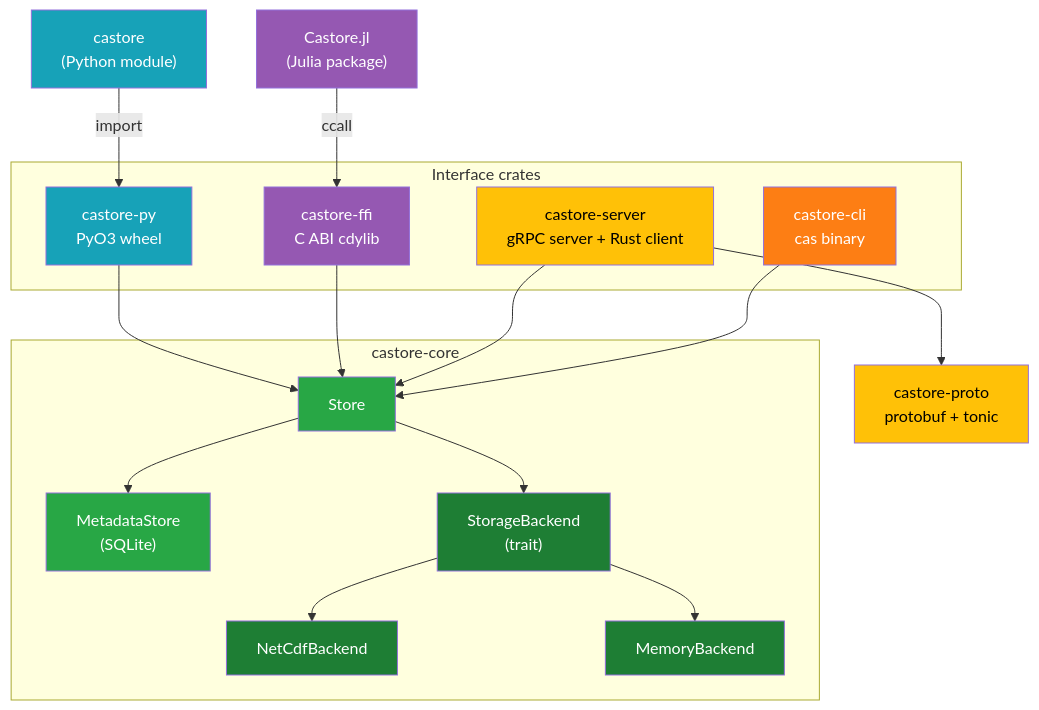
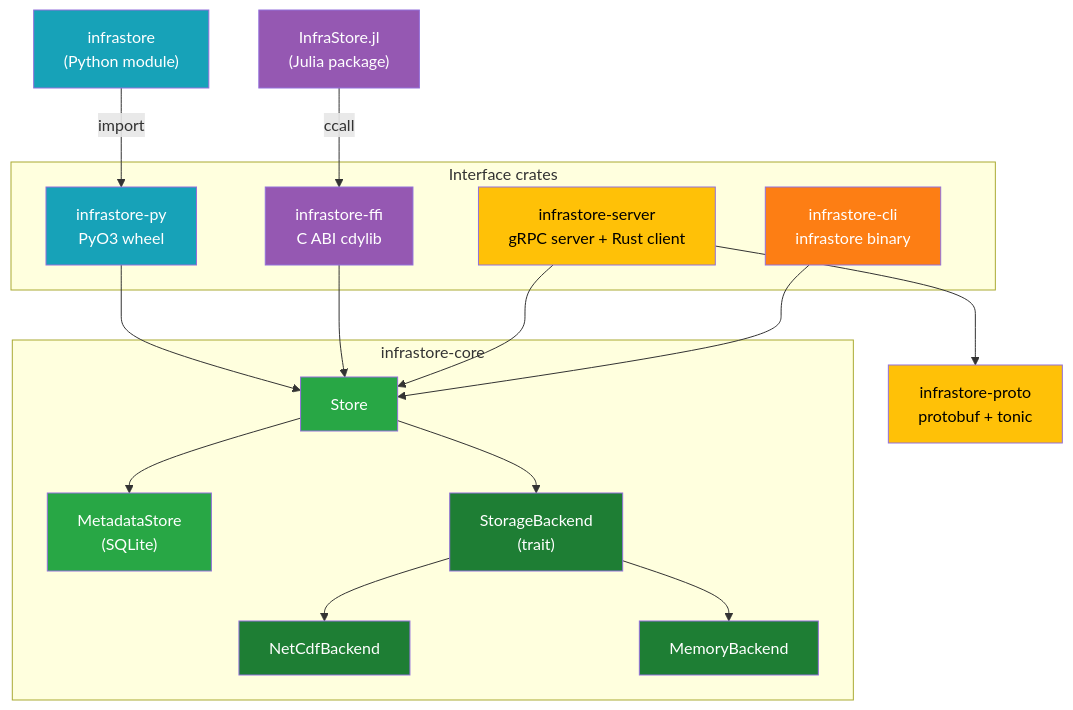
One commit to NatLabRockies/infrastore changed the first of 3 diagrams in docs/src/explanation/architecture.md. Above: the diagram before and after it, drawn with Mermaid. The commit also changed other lines of this file and 193 other files, not shown here.

````diff
--- a/docs/src/explanation/architecture.md
+++ b/docs/src/explanation/architecture.md
@@ -9,46 +10,46 @@
 ```mermaid
 flowchart TB
     subgraph ifaces["Interface crates"]
-        PY["castore-py<br/>PyO3 wheel"]
-        FFI["castore-ffi<br/>C ABI cdylib"]
-        SRV["castore-server<br/>gRPC server + Rust client"]
-        CLI["castore-cli<br/>cas binary"]
+        PY["infrastore-py<br/>PyO3 wheel"]
+        FFI["infrastore-ffi<br/>C ABI cdylib"]
+        SRV["infrastore-server<br/>gRPC server + Rust client"]
+        CLI["infrastore-cli<br/>infrastore binary"]
     end
 
-    PYMOD["castore<br/>(Python module)"]
-    JL["Castore.jl<br/>(Julia package)"]
-    PROTO["castore-proto<br/>protobuf + tonic"]
+    PYMOD["infrastore<br/>(Python module)"]
+    JL["InfraStore.jl<br/>(Julia package)"]
+    PROTO["infrastore-proto<br/>protobuf + tonic"]
 
-    subgraph core["castore-core"]
+    subgraph core["infrastore-core"]
         STORE["Store"]
         META["MetadataStore<br/>(SQLite)"]
         BACK["StorageBackend<br/>(trait)"]
         NC["NetCdfBackend"]
         MEM["MemoryBackend"]
         STORE --> META
         STORE --> BACK
         BACK --> NC
         BACK --> MEM
     end
 
     PY --> STORE
     FFI --> STORE
     SRV --> STORE
     CLI --> STORE
     PYMOD -->|"import"| PY
     JL -->|"ccall"| FFI
     SRV --> PROTO
 
     style STORE fill:#28a745,color:#fff
     style META fill:#28a745,color:#fff
     style BACK fill:#1e7e34,color:#fff
     style NC fill:#1e7e34,color:#fff
     style MEM fill:#1e7e34,color:#fff
     style PY fill:#17a2b8,color:#fff
     style PYMOD fill:#17a2b8,color:#fff
     style FFI fill:#9558b2,color:#fff
     style JL fill:#9558b2,color:#fff
     style SRV fill:#ffc107,color:#000
     style PROTO fill:#ffc107,color:#000
     style CLI fill:#fd7e14,color:#fff
 ```
````
